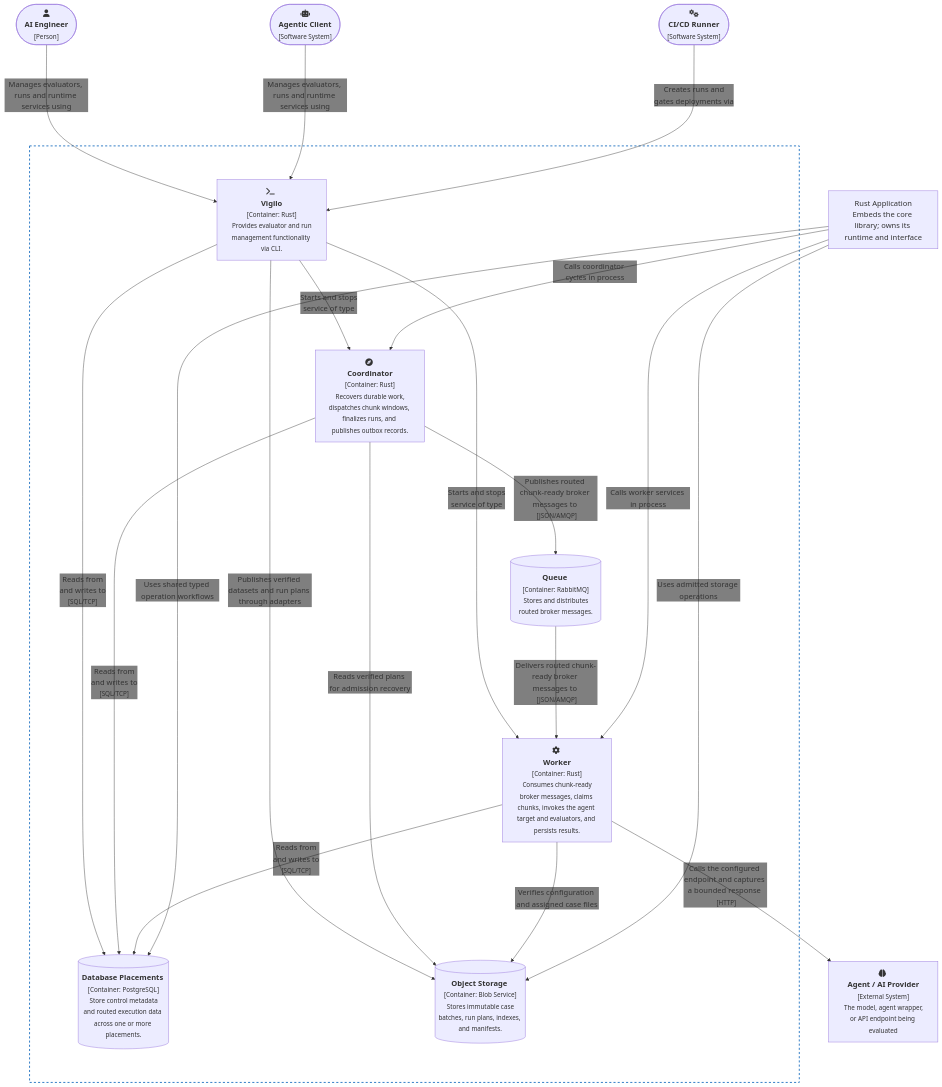
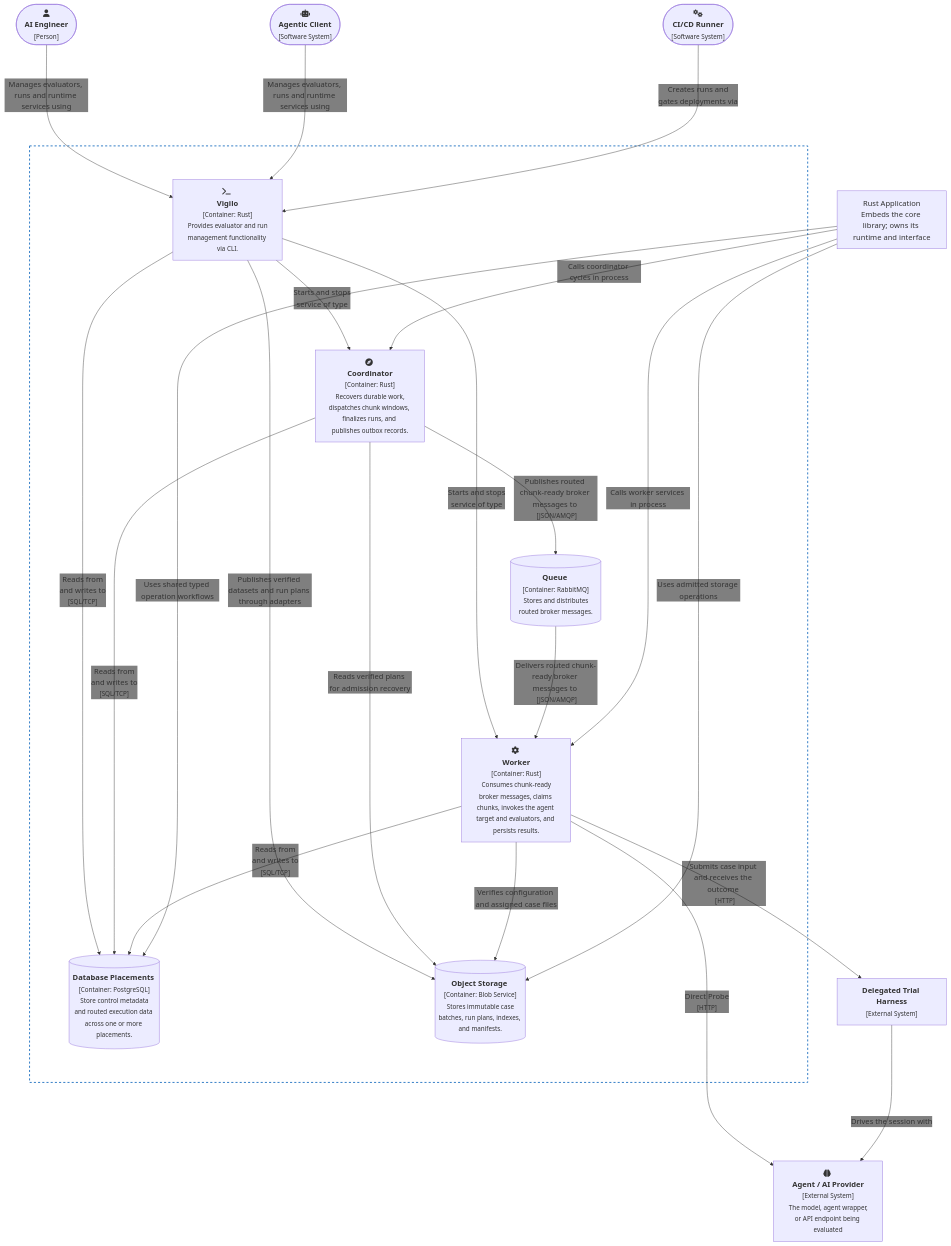
The diagram in web/docs/architecture/structure/containers/agent-vigilo/diagram.mmd (agent-vigilo/vigilo), drawn with Mermaid before and after one commit. The commit also changed 34 other files, not shown here.

First line of the commit message:
support inline direct probes and delegated trials

```diff
--- a/web/docs/architecture/structure/containers/agent-vigilo/diagram.mmd
+++ b/web/docs/architecture/structure/containers/agent-vigilo/diagram.mmd
@@ -1,68 +1,71 @@
 ---
 config:
   flowchart:
     nodeSpacing: 120
     rankSpacing: 160
   themeVariables:
     fontSize: 18px
     padding: 50
     edgeLabelBackground: 'transparent'
 ---
 flowchart TD
     %% actors
     User(["fa:fa-user <br/> <b>AI Engineer</b> <br/> <small>[Person]</small>"]):::person
     AgentClient(["fa:fa-robot <br/> <b>Agentic Client</b> <br/> <small>[Software System]</small>"]):::actor
     CICD(["fa:fa-gears <br/> <b>CI/CD Runner</b> <br/> <small>[Software System]</small>"]):::actor
 
 
     LibraryHost["Rust Application<br/>Embeds the core library; owns its runtime and interface"]:::external
 
     %% components
     Vigilo["fa:fa-terminal <br/> <b>Vigilo</b> <br/> <small>[Container: Rust]</small> <br/> <small>Provides evaluator and run management functionality via CLI.</small>"]:::component
     Coordinator["fa:fa-compass <br/> <b>Coordinator</b> <br/> <small>[Container: Rust]</small> <br/> <small>Recovers durable work, dispatches chunk windows, finalizes runs, and publishes outbox records.</small>"]:::component
     Worker["fa:fa-gear <br/> <b>Worker</b> <br/> <small>[Container: Rust]</small> <br/> <small>Consumes chunk-ready broker messages, claims chunks, invokes the agent target and evaluators, and persists results.</small>"]:::component
     Database[("<b>Database Placements</b> <br/> <small>[Container: PostgreSQL]</small> <br/> <small>Store control metadata and routed execution data across one or more placements.</small>")]:::component
     Queue[("<b>Queue</b> <br/> <small>[Container: RabbitMQ]</small> <br/> <small>Stores and distributes routed broker messages.</small>")]:::component
 
     Objects[("<b>Object Storage</b> <br/> <small>[Container: Blob Service]</small> <br/> <small>Stores immutable case batches, run plans, indexes, and manifests.</small>")]:::component
 
     %% system boundary
     subgraph VigiloSystem["&nbsp;"]
         Vigilo
         Coordinator
         Worker
         Database
         Queue
         Objects
     end
     style VigiloSystem stroke-dasharray: 5 5,fill:none,stroke:#1168bd,stroke-width:2px
 
     %% external target
     TargetAgent["fa:fa-brain <br/> <b>Agent / AI Provider</b> <br/> <small>[External System]</small> <br/> <small>The model, agent wrapper, or API endpoint being evaluated</small>"]:::external
+    Trial["<b>Delegated Trial Harness</b><br/><small>[External System]</small>"]:::external
 
     %% edges
     User & AgentClient -->|"Manages evaluators, runs and runtime services using"| Vigilo
     CICD -->|Creates runs and <br/> gates deployments via| Vigilo
     Vigilo -->|"Reads from <br/> and writes to <br> <small>[SQL/TCP]</small>"| Database
     Vigilo -->|"Starts and stops <br/> service of type"| Coordinator
     Vigilo -->|"Starts and stops <br/> service of type"| Worker
     Coordinator -->|"Reads from <br/> and writes to <br> <small>[SQL/TCP]</small>"| Database
     Coordinator -->|"Publishes routed chunk-ready broker messages to <br> <small>[JSON/AMQP]</small>"| Queue
     Queue -->|"Delivers routed chunk-ready broker messages to <br> <small>[JSON/AMQP]</small>"| Worker
     Worker -->|"Reads from <br/> and writes to <br> <small>[SQL/TCP]</small>"| Database
-    Worker -->|"Calls the configured endpoint and captures a bounded response <br> <small>[HTTP]</small>"| TargetAgent
+    Worker -->|"Direct Probe <br> <small>[HTTP]</small>"| TargetAgent
+    Worker -->|"Submits case input and receives the outcome <br> <small>[HTTP]</small>"| Trial
+    Trial -->|Drives the session with| TargetAgent
 
     Vigilo -->|Publishes verified datasets and run plans through adapters| Objects
     Coordinator -->|Reads verified plans for admission recovery| Objects
     Worker -->|Verifies configuration and assigned case files| Objects
 
     LibraryHost -->|"Calls coordinator cycles in process"| Coordinator
     LibraryHost -->|"Calls worker services in process"| Worker
     LibraryHost -->|"Uses shared typed operation workflows"| Database
     LibraryHost -->|"Uses admitted storage operations"| Objects
 
     %% links
     click Vigilo "/docs/architecture/structure/components/vigilo/"
     click Coordinator "/docs/architecture/structure/components/coordinator/"
     click Worker "/docs/architecture/structure/components/worker/"
     click Objects "/docs/architecture/case-storage/"
```
